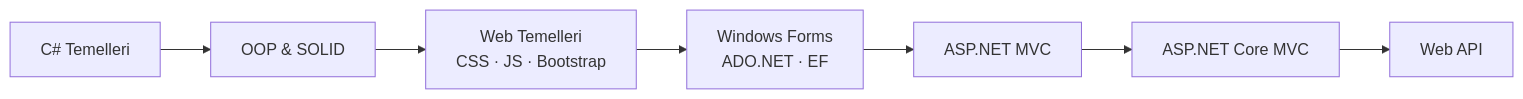
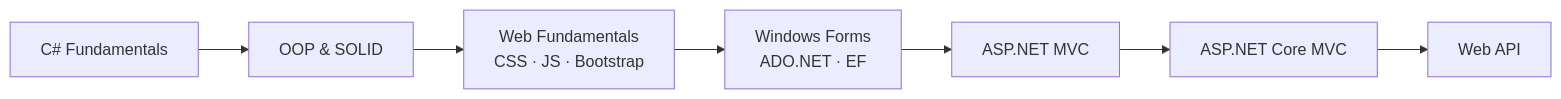
One commit to OrhanKaynak/SHubFullStack3 changed the diagram in README.md. Above: the diagram before and after it, drawn with Mermaid. The commit also changed other lines of this file and 1 other file, not shown here.

````diff
--- a/README.md
+++ b/README.md
@@ -152,9 +156,9 @@
 ```mermaid
 graph LR
-    A[C# Temelleri] --> B[OOP & SOLID]
-    B --> C[Web Temelleri<br/>CSS · JS · Bootstrap]
+    A[C# Fundamentals] --> B[OOP & SOLID]
+    B --> C[Web Fundamentals<br/>CSS · JS · Bootstrap]
     C --> D[Windows Forms<br/>ADO.NET · EF]
     D --> E[ASP.NET MVC]
     E --> F[ASP.NET Core MVC]
     F --> G[Web API]
 ```
````
